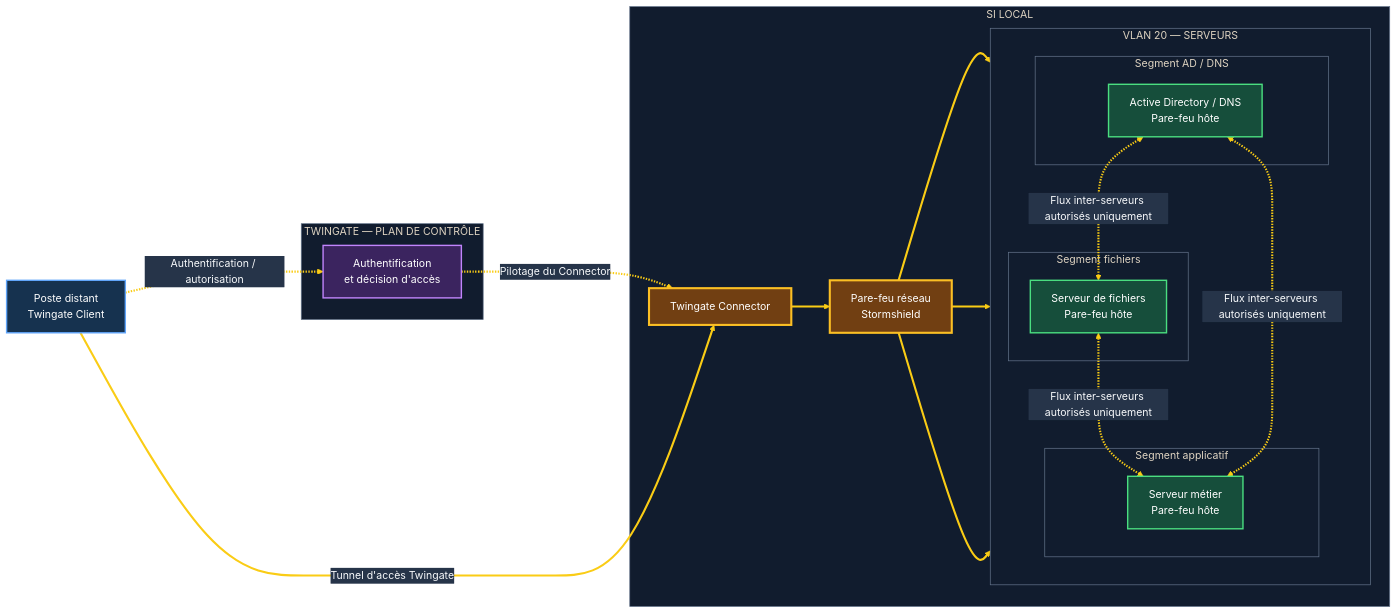
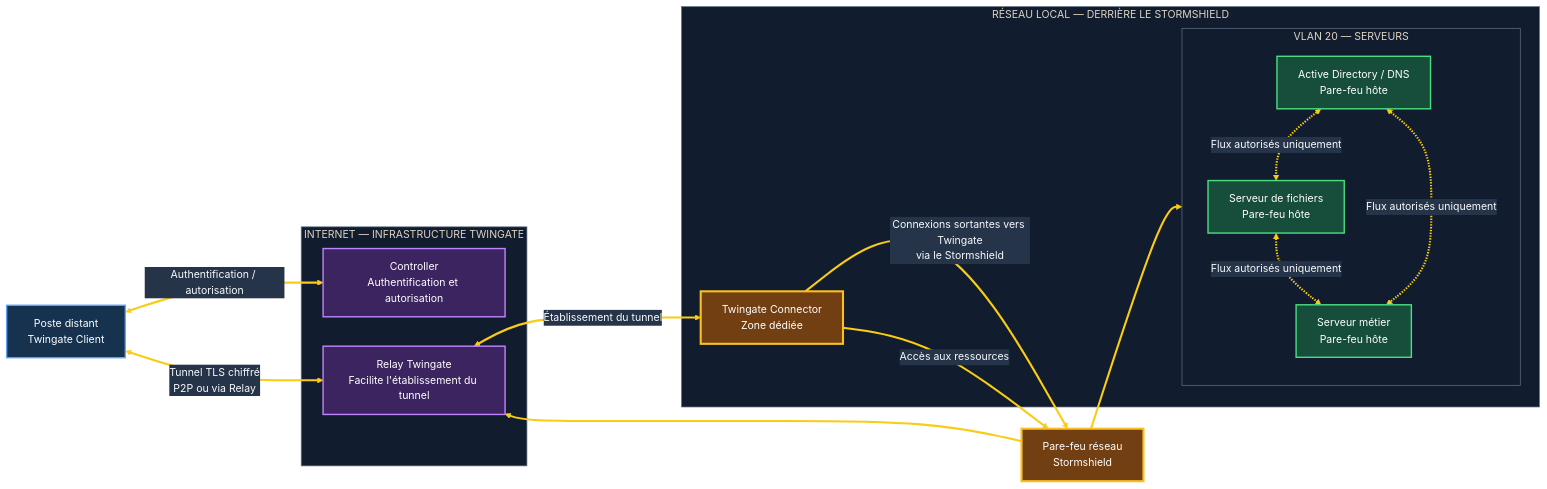
Before and after one commit to Chanc-111/Chanc-111: the diagram in projects/01-zero-trust-architecture/diagrams/02-target-architecture.mmd, drawn with Mermaid.

Commit message:
Correct Twingate connector and firewall traffic paths

```diff
--- a/projects/01-zero-trust-architecture/diagrams/02-target-architecture.mmd
+++ b/projects/01-zero-trust-architecture/diagrams/02-target-architecture.mmd
@@ -1,48 +1,44 @@
 %%{init: {"theme":"base","themeVariables":{"background":"#0b1220","primaryColor":"#172b45","primaryTextColor":"#f8fafc","primaryBorderColor":"#60a5fa","lineColor":"#facc15","secondaryColor":"#182235","tertiaryColor":"#202b3d","clusterBkg":"#111c2e","clusterBorder":"#64748b","edgeLabelBackground":"#263449","fontFamily":"Arial","fontSize":"15px"},"flowchart":{"curve":"basis","htmlLabels":true,"nodeSpacing":42,"rankSpacing":55}}}%%
 flowchart LR
     USER["Poste distant<br/>Twingate Client"]
 
-    subgraph CLOUD["TWINGATE — PLAN DE CONTRÔLE"]
-        CONTROL["Authentification<br/>et décision d'accès"]
+    subgraph INTERNET["INTERNET — INFRASTRUCTURE TWINGATE"]
+        CONTROL["Controller<br/>Authentification et autorisation"]
+        RELAY["Relay Twingate<br/>Facilite l'établissement du tunnel"]
     end
 
-    subgraph SI["SI LOCAL"]
-        CONNECTOR["Twingate Connector"]
-        FW["Pare-feu réseau<br/>Stormshield"]
+    FW["Pare-feu réseau<br/>Stormshield"]
 
+    subgraph LOCAL["RÉSEAU LOCAL — DERRIÈRE LE STORMSHIELD"]
+        CONNECTOR["Twingate Connector<br/>Zone dédiée"]
         subgraph VLAN20["VLAN 20 — SERVEURS"]
             direction TB
-            subgraph SEG_AD["Segment AD / DNS"]
-                AD["Active Directory / DNS<br/>Pare-feu hôte"]
-            end
-            subgraph SEG_FILES["Segment fichiers"]
-                FILES["Serveur de fichiers<br/>Pare-feu hôte"]
-            end
-            subgraph SEG_APP["Segment applicatif"]
-                APP["Serveur métier<br/>Pare-feu hôte"]
-            end
-            AD <-.->|"Flux inter-serveurs autorisés uniquement"| FILES
-            FILES <-.->|"Flux inter-serveurs autorisés uniquement"| APP
-            AD <-.->|"Flux inter-serveurs autorisés uniquement"| APP
+            AD["Active Directory / DNS<br/>Pare-feu hôte"]
+            FILES["Serveur de fichiers<br/>Pare-feu hôte"]
+            APP["Serveur métier<br/>Pare-feu hôte"]
+            AD <-.->|"Flux autorisés uniquement"| FILES
+            FILES <-.->|"Flux autorisés uniquement"| APP
+            AD <-.->|"Flux autorisés uniquement"| APP
         end
-
-        CONNECTOR ==> FW
-        FW ==> AD
-        FW ==> FILES
-        FW ==> APP
     end
 
-    USER -.->|"Authentification / autorisation"| CONTROL
-    CONTROL -.->|"Pilotage du Connector"| CONNECTOR
-    USER ==>|"Tunnel d'accès Twingate"| CONNECTOR
+    USER <-->|"Authentification / autorisation"| CONTROL
+    USER <-->|"Tunnel TLS chiffré<br/>P2P ou via Relay"| RELAY
+    RELAY <-->|"Établissement du tunnel"| CONNECTOR
+
+    CONNECTOR -->|"Connexions sortantes vers Twingate<br/>via le Stormshield"| FW
+    FW --> RELAY
+
+    CONNECTOR -->|"Accès aux ressources"| FW
+    FW --> VLAN20
 
     classDef endpoint fill:#16324f,stroke:#60a5fa,stroke-width:2px,color:#ffffff
     classDef control fill:#3b245f,stroke:#c084fc,stroke-width:2px,color:#ffffff
     classDef network fill:#713f12,stroke:#fbbf24,stroke-width:3px,color:#ffffff
     classDef server fill:#164e3b,stroke:#4ade80,stroke-width:2px,color:#ffffff
 
     class USER endpoint
-    class CONTROL control
-    class CONNECTOR,FW network
+    class CONTROL,RELAY control
+    class FW,CONNECTOR network
     class AD,FILES,APP server
     linkStyle default stroke:#facc15,stroke-width:3px,color:#f8fafc
```
